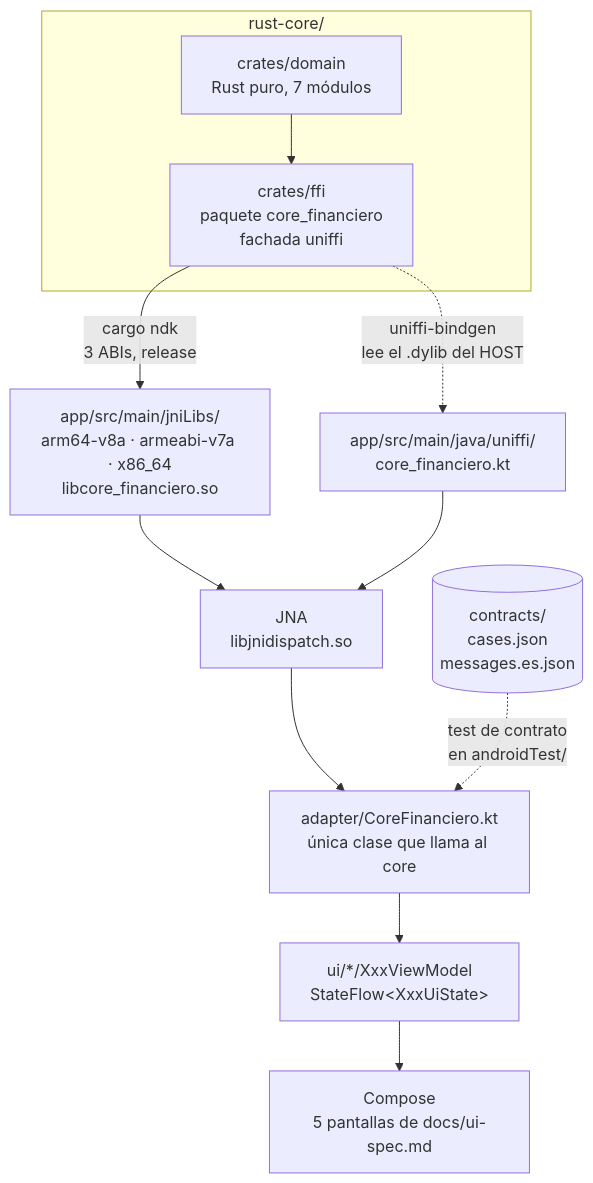
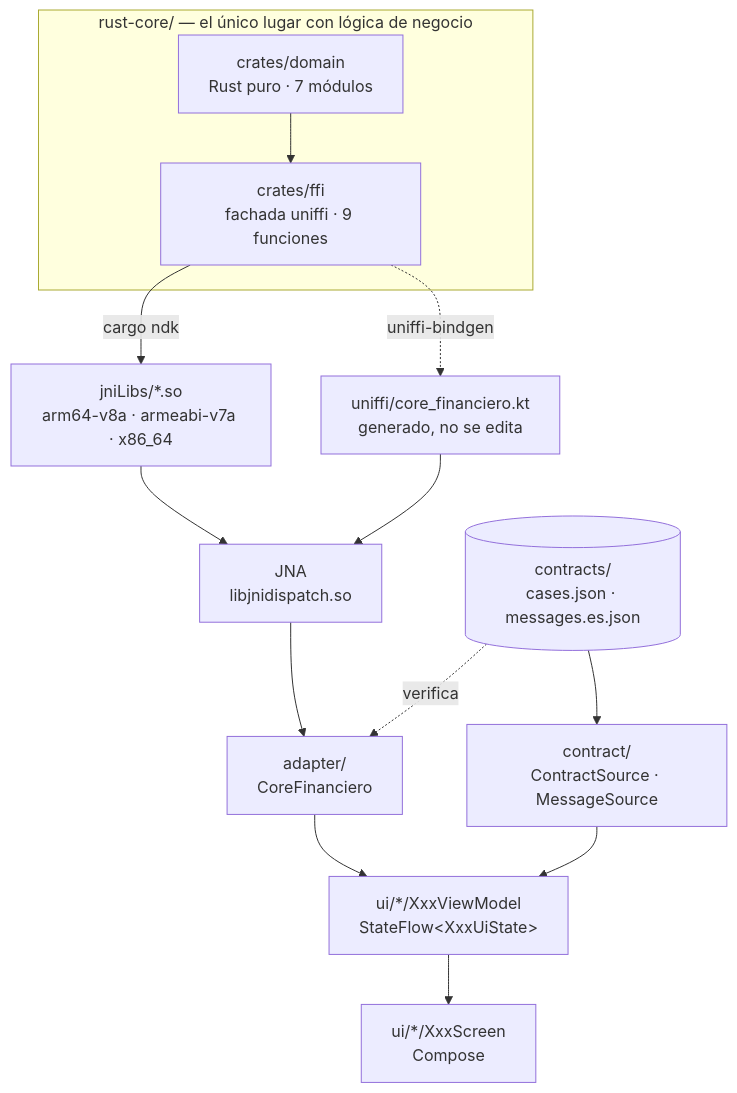
One commit to tohure/rust-core-cross-app changed the diagram in apps/android/README.md. Above: the diagram before and after it, drawn with Mermaid. The commit also changed other lines of this file and 7 other files, not shown here.

````diff
--- a/apps/android/README.md
+++ b/apps/android/README.md
@@ -14,21 +24,22 @@
 ```mermaid
 flowchart TD
-    subgraph core["rust-core/"]
-        domain["crates/domain<br/>Rust puro, 7 módulos"]
-        ffi["crates/ffi<br/>paquete core_financiero<br/>fachada uniffi"]
+    subgraph core["rust-core/ — el único lugar con lógica de negocio"]
+        domain["crates/domain<br/>Rust puro · 7 módulos"]
+        ffi["crates/ffi<br/>fachada uniffi · 9 funciones"]
         domain --> ffi
     end
 
-    ffi -->|"cargo ndk<br/>3 ABIs, release"| so["app/src/main/jniLibs/<br/>arm64-v8a · armeabi-v7a · x86_64<br/>libcore_financiero.so"]
-    ffi -.->|"uniffi-bindgen<br/>lee el .dylib del HOST"| kt["app/src/main/java/uniffi/<br/>core_financiero.kt"]
+    ffi -->|"cargo ndk"| so["jniLibs/*.so<br/>arm64-v8a · armeabi-v7a · x86_64"]
+    ffi -.->|"uniffi-bindgen"| kt["uniffi/core_financiero.kt<br/>generado, no se edita"]
 
     so --> jna["JNA<br/>libjnidispatch.so"]
     kt --> jna
-    jna --> adapter["adapter/CoreFinanciero.kt<br/>única clase que llama al core"]
+    jna --> adapter["adapter/<br/>CoreFinanciero"]
     adapter --> vm["ui/*/XxxViewModel<br/>StateFlow&lt;XxxUiState&gt;"]
-    vm --> screens["Compose<br/>5 pantallas de docs/ui-spec.md"]
+    vm --> screens["ui/*/XxxScreen<br/>Compose"]
 
-    contrato[("contracts/<br/>cases.json<br/>messages.es.json")]
-    contrato -.->|"test de contrato<br/>en androidTest/"| adapter
-
+    contrato[("contracts/<br/>cases.json · messages.es.json")]
+    contrato --> source["contract/<br/>ContractSource · MessageSource"]
+    source --> vm
+    contrato -.->|"verifica"| adapter
 ```
````
